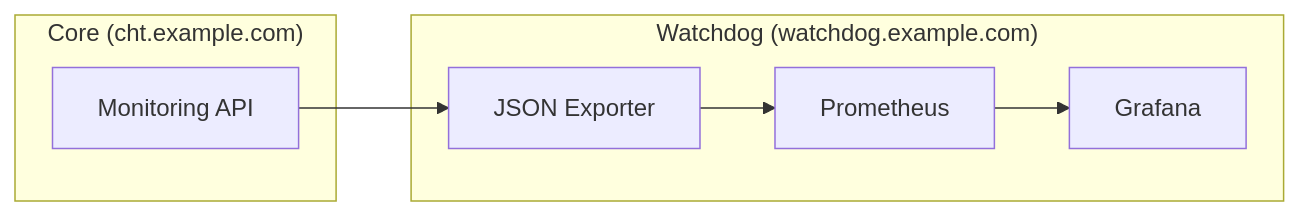
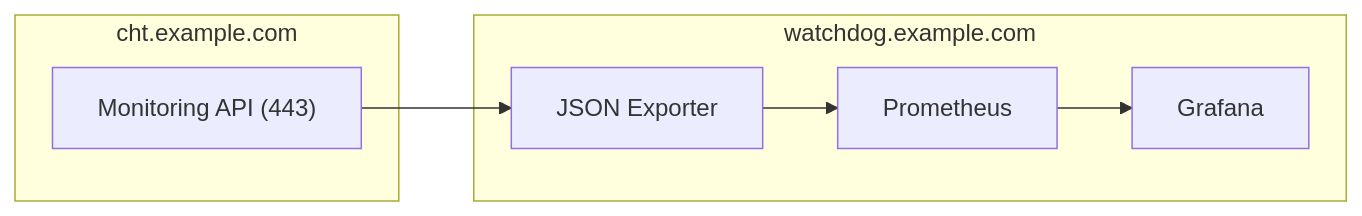
One commit to medic/cht-docs changed the first of 2 diagrams in content/en/apps/guides/hosting/monitoring/integration.md. Above: the diagram before and after it, drawn with Mermaid. The commit also changed other lines of this file, not shown here.

````diff
--- a/content/en/apps/guides/hosting/monitoring/integration.md
+++ b/content/en/apps/guides/hosting/monitoring/integration.md
@@ -21,14 +23,14 @@
 ```mermaid
 flowchart LR
 
-subgraph core["Core (cht.example.com)"]
-  mon_api["Monitoring API"]:::client_node
+subgraph core["cht.example.com"]
+  mon_api["Monitoring API (443)"]:::client_node
 end
 
-subgraph watchdog["Watchdog (watchdog.example.com)"]
+subgraph watchdog["watchdog.example.com"]
     json[JSON Exporter] --> Prometheus
     Prometheus --> Grafana
 end
 
-mon_api  --> json
+mon_api --> json
 ```
````
